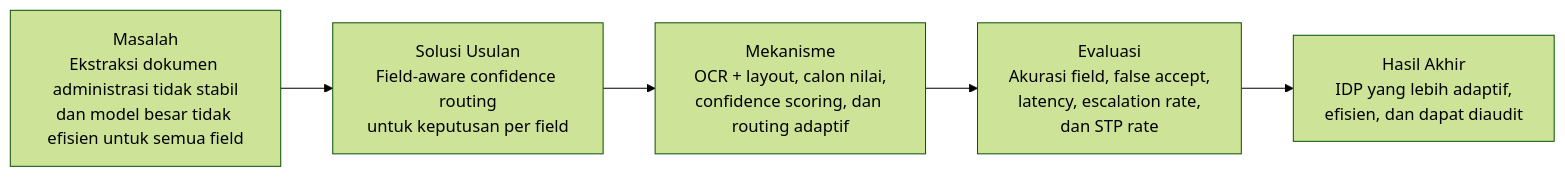
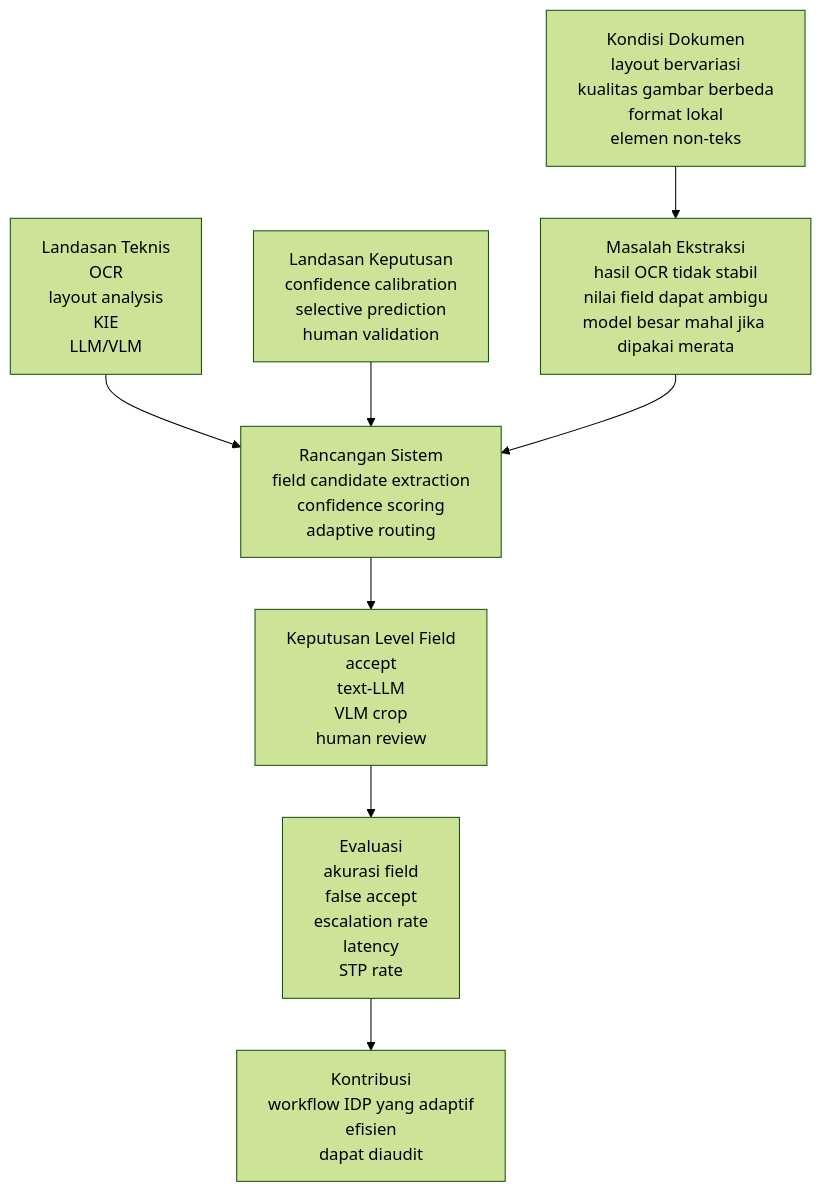
Before and after one commit to kennceha-dev/thesis-s2: the first of 2 diagrams in metodologi_field_aware_confidence_routing.md, drawn with Mermaid (forest theme). The commit also changed other lines of this file, not shown here.

````diff
--- a/metodologi_field_aware_confidence_routing.md
+++ b/metodologi_field_aware_confidence_routing.md
@@ -6,7 +6,15 @@
 ```mermaid
-flowchart LR
-    A["Masalah<br/>Ekstraksi dokumen administrasi tidak stabil<br/>dan model besar tidak efisien untuk semua field"] --> B["Solusi Usulan<br/>Field-aware confidence routing<br/>untuk keputusan per field"]
-    B --> C["Mekanisme<br/>OCR + layout, calon nilai,<br/>confidence scoring, dan routing adaptif"]
-    C --> D["Evaluasi<br/>Akurasi field, false accept,<br/>latency, escalation rate,<br/>dan STP rate"]
-    D --> E["Hasil Akhir<br/>IDP yang lebih adaptif,<br/>efisien, dan dapat diaudit"]
+flowchart TD
+    A["Kondisi Dokumen<br/>layout bervariasi<br/>kualitas gambar berbeda<br/>format lokal<br/>elemen non-teks"] --> D["Masalah Ekstraksi<br/>hasil OCR tidak stabil<br/>nilai field dapat ambigu<br/>model besar mahal jika dipakai merata"]
+
+    B["Landasan Teknis<br/>OCR<br/>layout analysis<br/>KIE<br/>LLM/VLM"] --> E["Rancangan Sistem<br/>field candidate extraction<br/>confidence scoring<br/>adaptive routing"]
+
+    C["Landasan Keputusan<br/>confidence calibration<br/>selective prediction<br/>human validation"] --> E
+    D --> E
+
+    E --> F["Keputusan Level Field<br/>accept<br/>text-LLM<br/>VLM crop<br/>human review"]
+
+    F --> G["Evaluasi<br/>akurasi field<br/>false accept<br/>escalation rate<br/>latency<br/>STP rate"]
+
+    G --> H["Kontribusi<br/>workflow IDP yang adaptif<br/>efisien<br/>dapat diaudit"]
 ```
````
